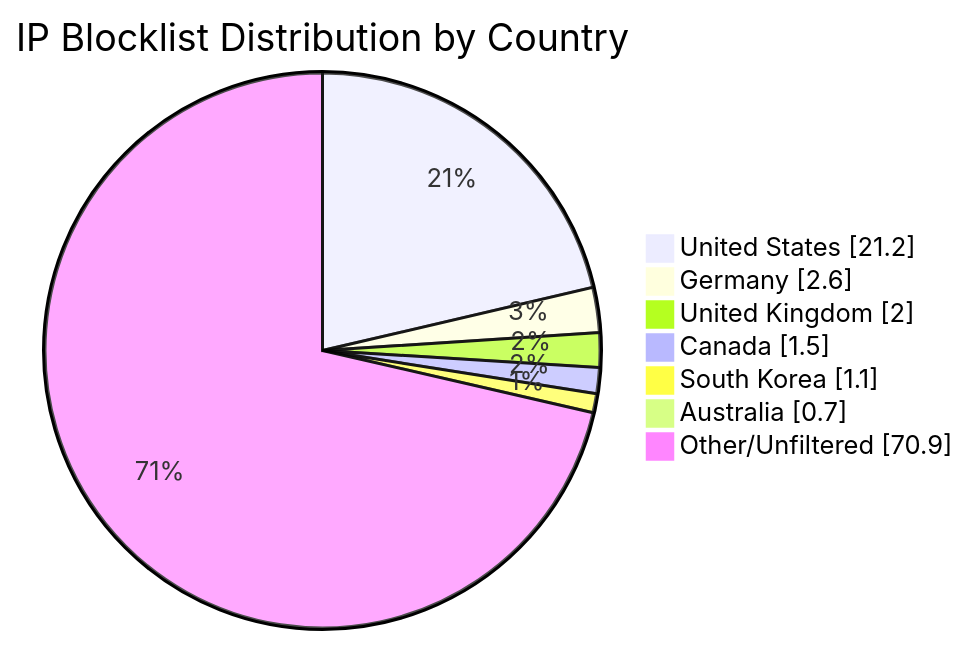
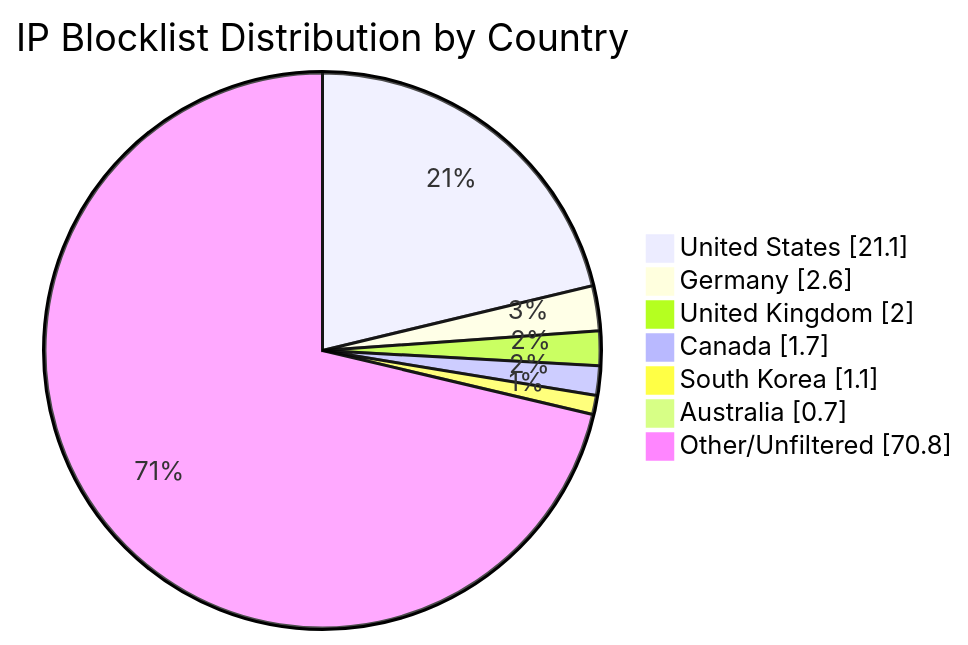
One commit to MarcusHoltz/ipblocklist-geofiltered-aggregator changed the diagram in README.md. Above: the diagram before and after it, drawn with Mermaid. The commit also changed other lines of this file and 9 other files, not shown here.

````diff
--- a/README.md
+++ b/README.md
@@ -34,10 +34,10 @@
 ```mermaid
 pie showData title IP Blocklist Distribution by Country
-"United States" : 21.2
+"United States" : 21.1
 "Germany" : 2.6
 "United Kingdom" : 2.0
-"Canada" : 1.5
+"Canada" : 1.7
 "South Korea" : 1.1
 "Australia" : 0.7
-"Other/Unfiltered" : 70.9
+"Other/Unfiltered" : 70.8
 ```
````
